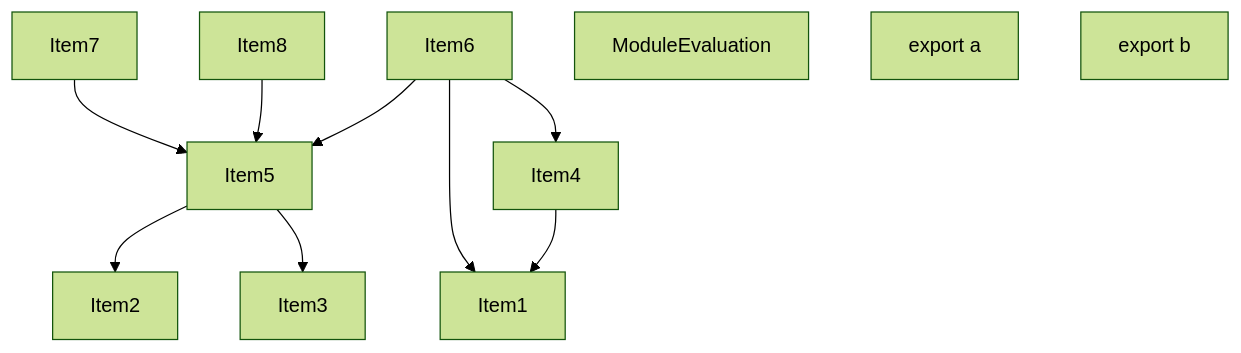
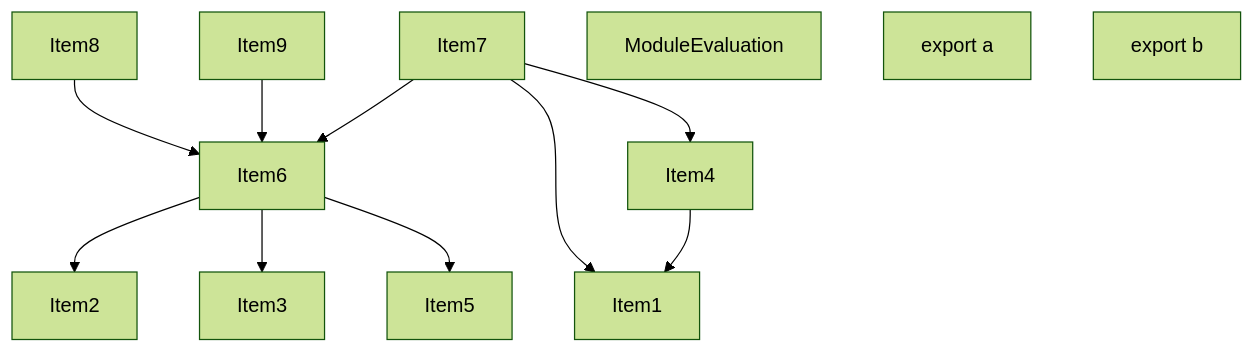
The third of 5 diagrams in crates/turbopack-ecmascript/tests/tree-shaker/analyzer/shared-and-side-effects/output.md (vercel/turborepo), drawn with Mermaid (forest theme) before and after one commit. The commit also changed other lines of this file and 1 other file, not shown here.

````diff
--- a/crates/turbopack-ecmascript/tests/tree-shaker/analyzer/shared-and-side-effects/output.md
+++ b/crates/turbopack-ecmascript/tests/tree-shaker/analyzer/shared-and-side-effects/output.md
@@ -144,25 +159,27 @@
 ```mermaid
 graph TD
     Item1;
     Item2;
     Item3;
     Item4;
     Item5;
     Item6;
     Item7;
     Item8;
     Item9;
-    Item9["ModuleEvaluation"];
     Item10;
-    Item10["export a"];
+    Item10["ModuleEvaluation"];
     Item11;
-    Item11["export b"];
+    Item11["export a"];
+    Item12;
+    Item12["export b"];
     Item4 --> Item1;
-    Item5 --> Item2;
-    Item5 --> Item3;
+    Item6 --> Item2;
+    Item6 --> Item3;
     Item6 --> Item5;
-    Item6 --> Item1;
-    Item6 --> Item4;
-    Item7 --> Item5;
-    Item8 --> Item5;
+    Item7 --> Item6;
+    Item7 --> Item1;
+    Item7 --> Item4;
+    Item8 --> Item6;
+    Item9 --> Item6;
 ```
````
